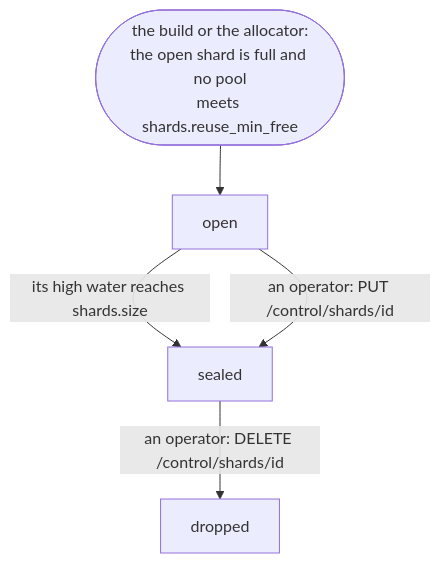
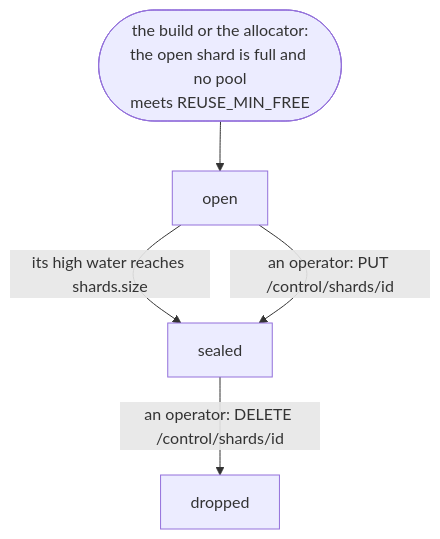
One commit to jennis0/tesseradb changed the second of 5 diagrams in docs/sharding.md. Above: the diagram before and after it, drawn with Mermaid. The commit also changed other lines of this file, not shown here.

````diff
--- a/docs/sharding.md
+++ b/docs/sharding.md
@@ -190,7 +191,7 @@
 ```mermaid
 flowchart TD
-  S(["the build or the allocator:<br/>the open shard is full and no pool<br/>meets shards.reuse_min_free"]) --> O[open]
+  S(["the build or the allocator:<br/>the open shard is full and no pool<br/>meets REUSE_MIN_FREE"]) --> O[open]
   O -->|"its high water reaches shards.size"| SE[sealed]
   O -->|"an operator: PUT /control/shards/id"| SE
   SE -->|"an operator: DELETE /control/shards/id"| DR[dropped]
 ```
````
